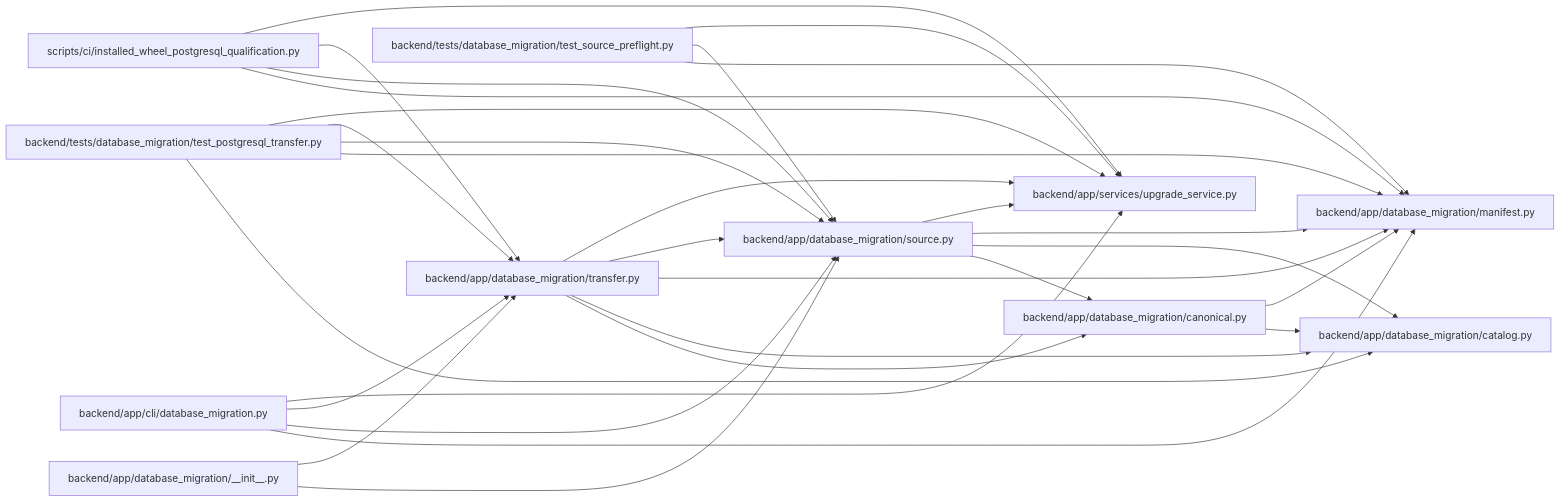
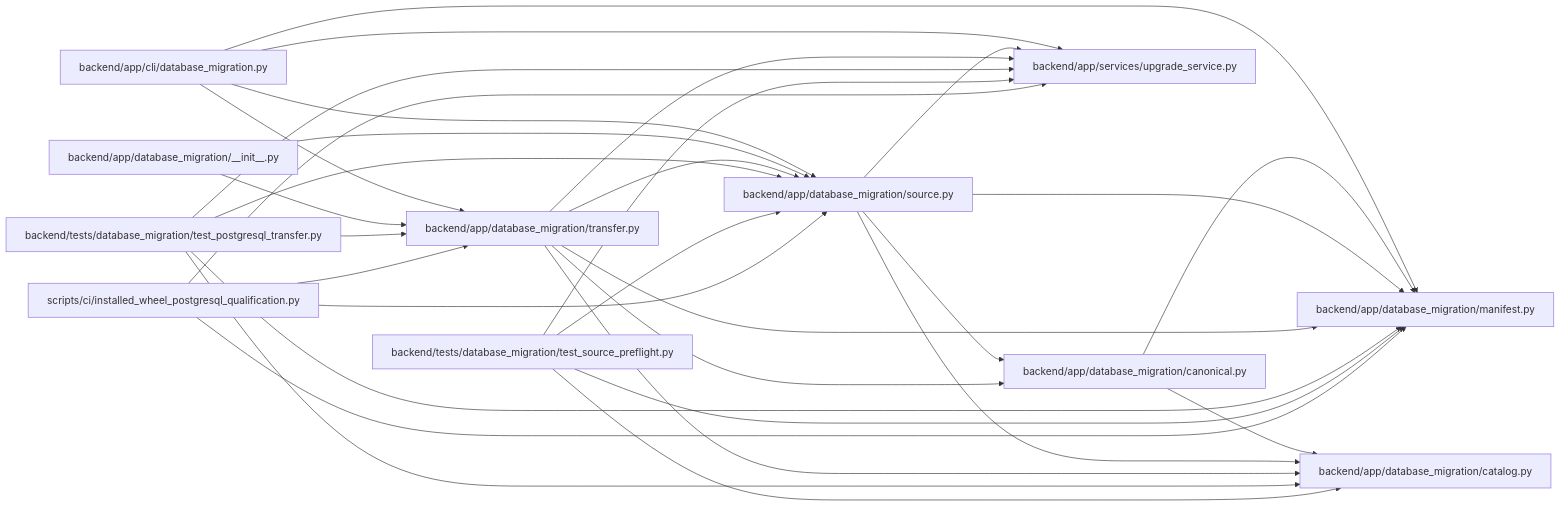
The diagram in docs/llm_wiki/modules/source.md (Denissvgn/WorkChord), drawn with Mermaid before and after one commit. The commit also changed 2344 other files, not shown here.

````diff
--- a/docs/llm_wiki/modules/source.md
+++ b/docs/llm_wiki/modules/source.md
@@ -35,54 +35,55 @@
 ```mermaid
 flowchart LR
     n0["backend/app/cli/database_migration.py"]
     n1["backend/app/database_migration/__init__.py"]
     n2["backend/app/database_migration/canonical.py"]
     n3["backend/app/database_migration/catalog.py"]
     n4["backend/app/database_migration/manifest.py"]
     n5["backend/app/database_migration/source.py"]
     n6["backend/app/database_migration/transfer.py"]
     n7["backend/app/services/upgrade_service.py"]
     n8["backend/tests/database_migration/test_postgresql_transfer.py"]
     n9["backend/tests/database_migration/test_source_preflight.py"]
     n10["scripts/ci/installed_wheel_postgresql_qualification.py"]
     n0 --> n4
     n0 --> n5
     n0 --> n6
     n0 --> n7
     n1 --> n5
     n1 --> n6
     n2 --> n3
     n2 --> n4
     n5 --> n2
     n5 --> n3
     n5 --> n4
     n5 --> n7
     n6 --> n2
     n6 --> n3
     n6 --> n4
     n6 --> n5
     n6 --> n7
     n8 --> n3
     n8 --> n4
     n8 --> n5
     n8 --> n6
     n8 --> n7
+    n9 --> n3
     n9 --> n4
     n9 --> n5
     n9 --> n7
     n10 --> n4
     n10 --> n5
     n10 --> n6
     n10 --> n7
     click n0 "../modules/cli_database_migration.md"
     click n1 "../modules/database_migration___init__.md"
     click n2 "../modules/database_migration_canonical.md"
     click n3 "../modules/catalog.md"
     click n4 "../modules/database_migration_manifest.md"
     click n5 "../modules/source.md"
     click n6 "../modules/transfer.md"
     click n7 "../modules/upgrade_service.md"
     click n8 "../modules/test_postgresql_transfer.md"
     click n9 "../modules/test_source_preflight.md"
     click n10 "../modules/installed_wheel_postgresql_qualification.md"
 ```
````
